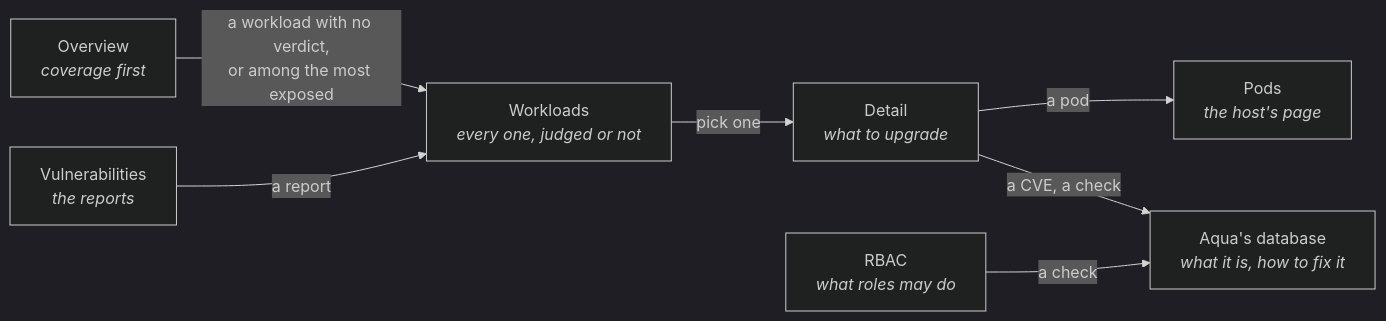
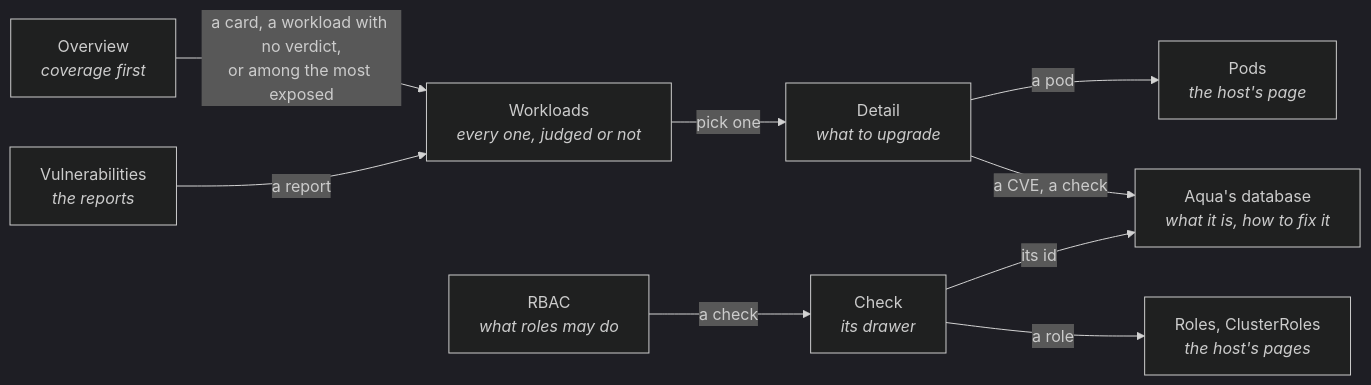
Before and after one commit to DiegoBulhoes/freelens-addons: the first of 2 diagrams in docs/trivy.md, drawn with Mermaid (dark theme). The commit also changed other lines of this file and 9 other files, not shown here.

````diff
--- a/docs/trivy.md
+++ b/docs/trivy.md
@@ -30,15 +20,18 @@
 ```mermaid
 flowchart LR
   O["Overview<br/><i>coverage first</i>"]
   W["Workloads<br/><i>every one, judged or not</i>"]
   D["Detail<br/><i>what to upgrade</i>"]
   V["Vulnerabilities<br/><i>the reports</i>"]
   R["RBAC<br/><i>what roles may do</i>"]
+  C["Check<br/><i>its drawer</i>"]
 
-  O -->|a workload with no verdict,<br/>or among the most exposed| W
+  O -->|a card, a workload with no verdict,<br/>or among the most exposed| W
   W -->|pick one| D
   D -->|a pod| P["Pods<br/><i>the host's page</i>"]
   V -->|a report| W
   D -->|a CVE, a check| A["Aqua's database<br/><i>what it is, how to fix it</i>"]
-  R -->|a check| A
+  R -->|a check| C
+  C -->|its id| A
+  C -->|a role| H["Roles, ClusterRoles<br/><i>the host's pages</i>"]
 ```
````
